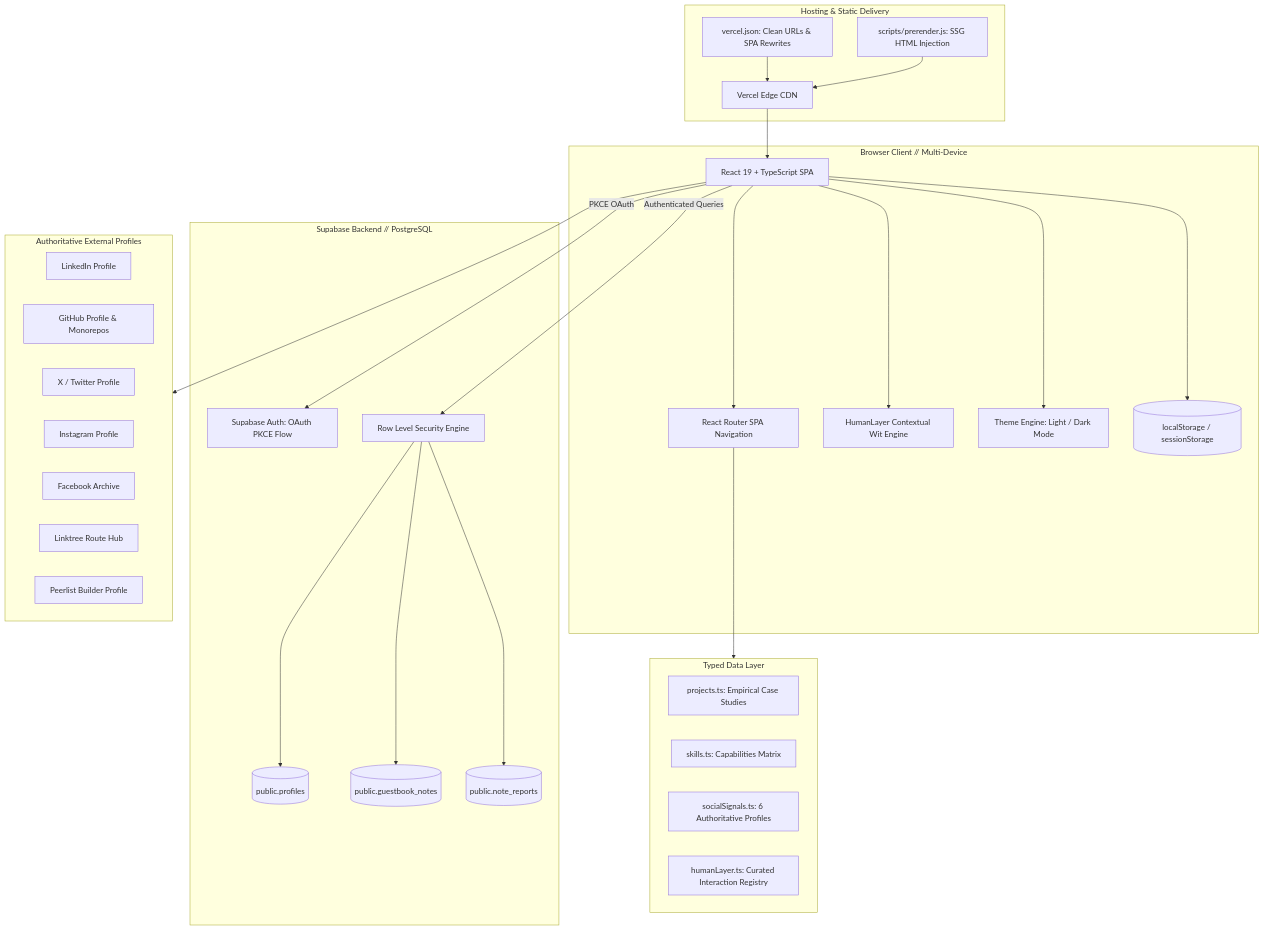
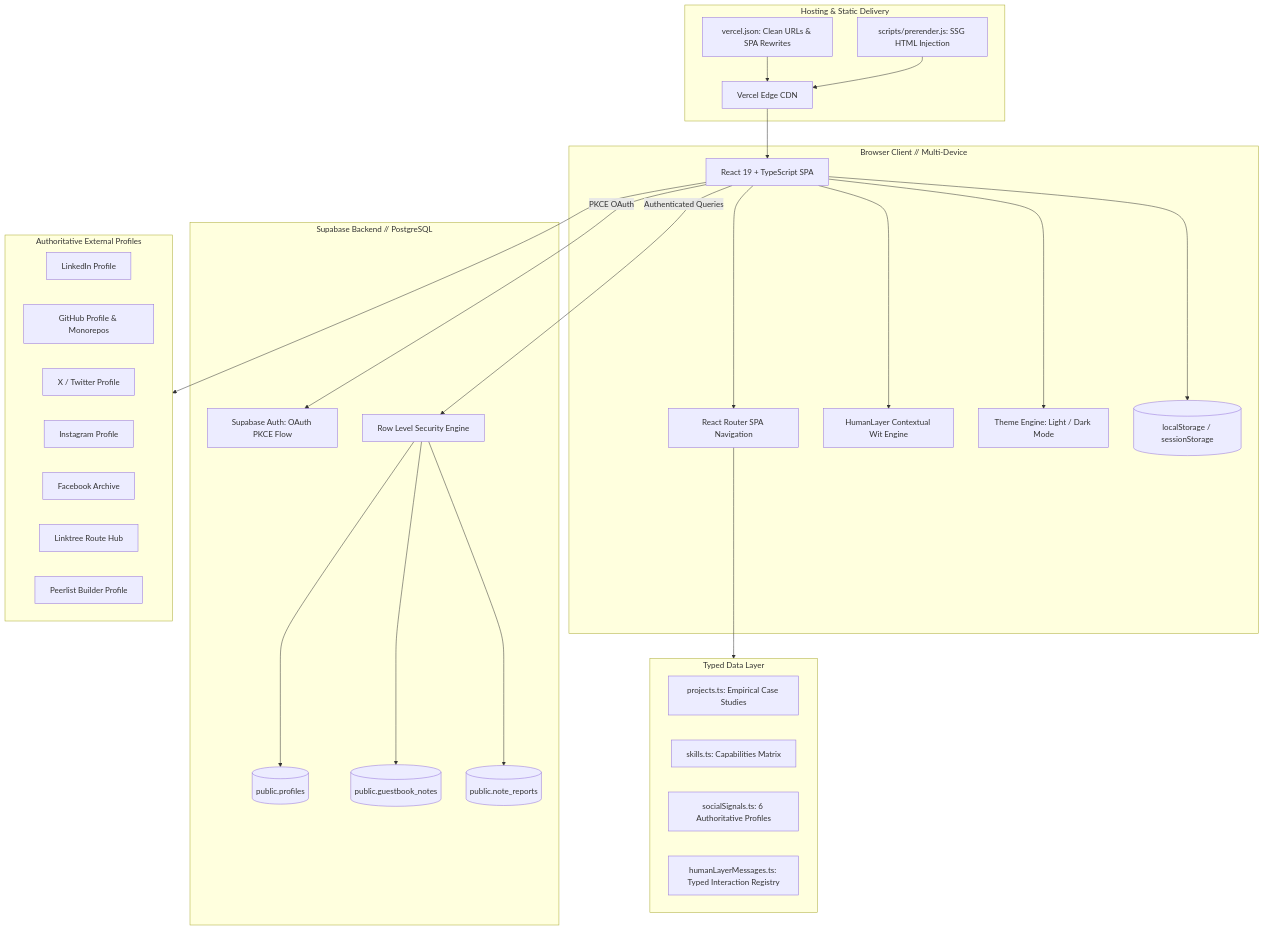
Before and after one commit to Codexia-afk/Codexia.portfolio: the diagram in docs/architecture-audit.md, drawn with Mermaid. The commit also changed other lines of this file and 37 other files, not shown here.

Commit message:
feat: add context-aware human layer tooltips

````diff
--- a/docs/architecture-audit.md
+++ b/docs/architecture-audit.md
@@ -18,56 +18,56 @@
 ```mermaid
 graph TD
     subgraph ClientBrowser [Browser Client // Multi-Device]
         UI[React 19 + TypeScript SPA]
         Router[React Router SPA Navigation]
         HL[HumanLayer Contextual Wit Engine]
         Theme[Theme Engine: Light / Dark Mode]
         Storage[(localStorage / sessionStorage)]
     end
 
     subgraph HostEdge [Hosting & Static Delivery]
         Vercel[Vercel Edge CDN]
         VercelRules[vercel.json: Clean URLs & SPA Rewrites]
         Prerender[scripts/prerender.js: SSG HTML Injection]
     end
 
     subgraph DataLayer [Typed Data Layer]
         ProjectsData[projects.ts: Empirical Case Studies]
         SkillsData[skills.ts: Capabilities Matrix]
         SocialData[socialSignals.ts: 6 Authoritative Profiles]
-        HumanData[humanLayer.ts: Curated Interaction Registry]
+        HumanData[humanLayerMessages.ts: Typed Interaction Registry]
     end
 
     subgraph SupabaseCloud [Supabase Backend // PostgreSQL]
         Auth[Supabase Auth: OAuth PKCE Flow]
         RLS[Row Level Security Engine]
         ProfilesTable[(public.profiles)]
         NotesTable[(public.guestbook_notes)]
         ReportsTable[(public.note_reports)]
     end
 
     subgraph ExternalServices [Authoritative External Profiles]
         LinkedIn[LinkedIn Profile]
         GitHub[GitHub Profile & Monorepos]
         Twitter[X / Twitter Profile]
         Instagram[Instagram Profile]
         Facebook[Facebook Archive]
         Linktree[Linktree Route Hub]
         Peerlist[Peerlist Builder Profile]
     end
 
     UI --> Router
     UI --> HL
     UI --> Theme
     UI --> Storage
     Router --> DataLayer
     Vercel --> UI
     VercelRules --> Vercel
     Prerender --> Vercel
     UI -->|PKCE OAuth| Auth
     UI -->|Authenticated Queries| RLS
     RLS --> ProfilesTable
     RLS --> NotesTable
     RLS --> ReportsTable
     UI --> ExternalServices
 ```
````
